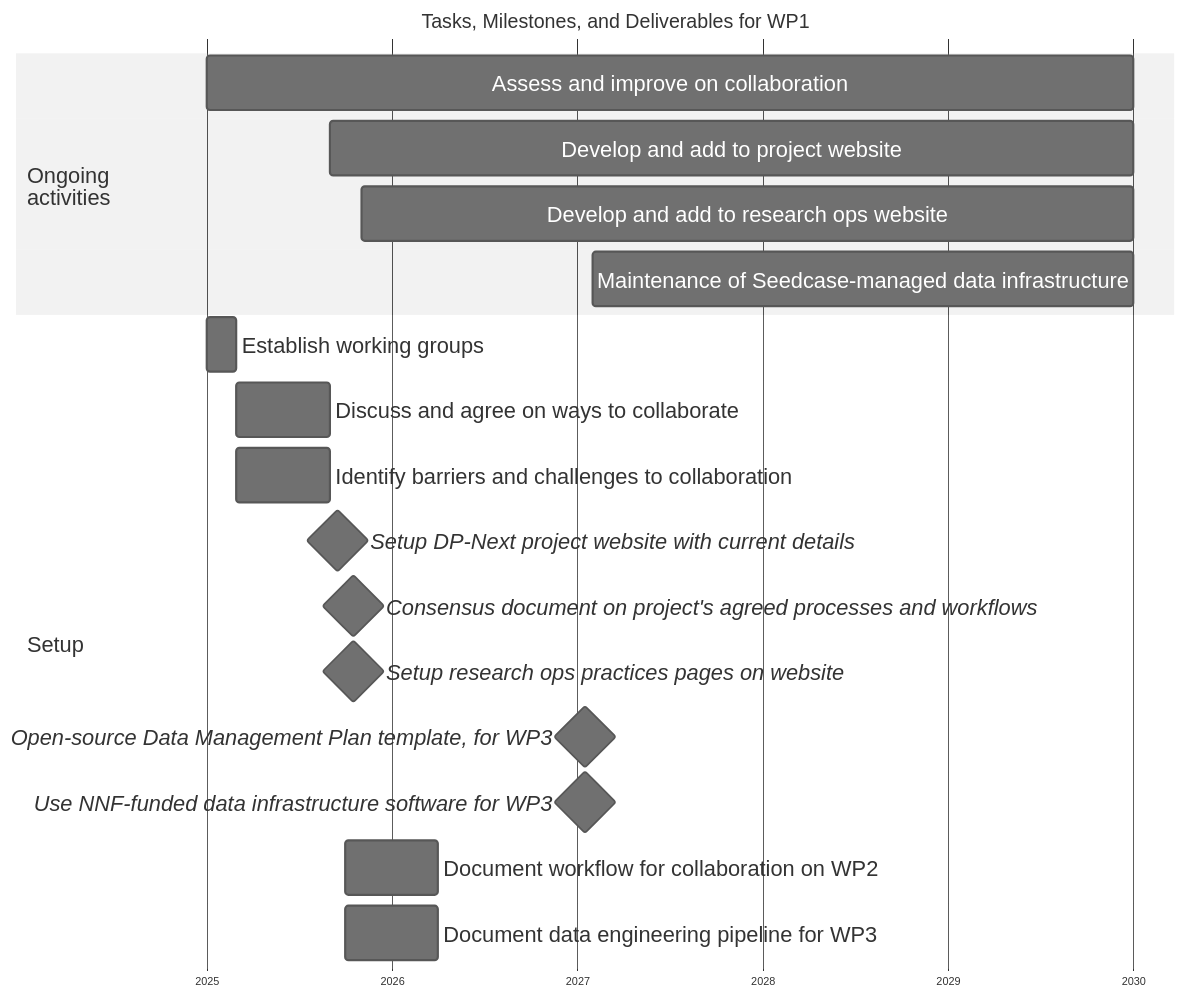
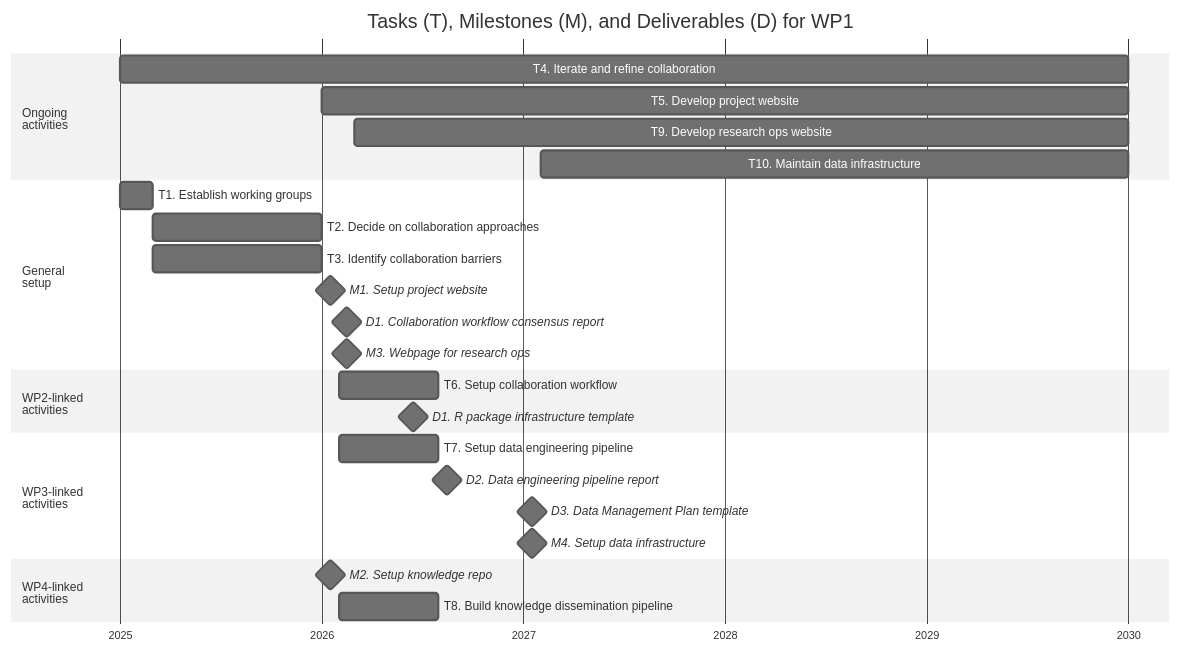
Before and after one commit to steno-aarhus/dp-next: the diagram in wp1/images/gantt-wp1.mmd, drawn with Mermaid. The commit also changed 4 other files, not shown here.

```diff
--- a/wp1/images/gantt-wp1.mmd
+++ b/wp1/images/gantt-wp1.mmd
@@ -1,39 +1,42 @@
----
-config:
-    theme: "neutral"
-    themeCSS: "svg {width: 700px}"
-    gantt:
-        barHeight: 50
-        leftPadding: 175
-        fontSize: 20
-        sectionFontSize: 20
-        barGap: 10
----
-
+%%{init: {
+  'theme': 'neutral', 
+  'gantt': {
+    'barHeight': 25,
+    'leftPadding': 100
+  }
+}}%%
 gantt
-  title Tasks, Milestones, and Deliverables for WP1
+  title Tasks (T), Milestones (M), and Deliverables (D) for WP1
   dateFormat  YYYY-MM-DD
   axisFormat %Y
   tickInterval 1year
   todayMarker off
   %% (`excludes` accepts specific dates in YYYY-MM-DD format, days of the week ("sunday") or "weekends", but not the word "weekdays".)
 
   section Ongoing<br>activities
-  Assess and improve on collaboration: improve, 2025-01-01, 5y
-  Develop and add to project website: imp_proj_web, after agree, 2030-01-01
-  Develop and add to research ops website: imp_reops_web, after consensus, 2030-01-01
-  Maintenance of Seedcase-managed data infrastructure: imp_seedcase, after seedcase, 2030-01-01
+  T4. Iterate and refine collaboration: imp_collab, 2025-01-01, 5y
+  T5. Develop project website: imp_proj_web, after collab_agree, 2030-01-01
+  T9. Develop research ops website: imp_reops_web, after consensus, 2030-01-01
+  T10. Maintain data infrastructure: imp_seedcase, after seedcase, 2030-01-01
 
-  section Setup
-  Establish working groups: wg, 2025-01-01, 2M
-  Discuss and agree on ways to collaborate: agree, after wg, 6M
-  Identify barriers and challenges to collaboration: barriers, after wg, 6M
+  section General<br>setup
+  T1. Establish working groups: wg, 2025-01-01, 2M
+  T2.  Decide on collaboration approaches: collab_agree, after wg, 10M
+  T3. Identify collaboration barriers: barriers, after wg, 10M
+  M1. Setup project website: milestone, web_proj, after barriers, 1M
+  D1. Collaboration workflow consensus report: milestone, consensus, after web_proj, 1M
+  M3. Webpage for research ops: milestone, web_reops, after web_proj, 1M
 
-  Setup DP-Next project website with current details: milestone, web_proj, after barriers, 1M
-  Consensus document on project's agreed processes and workflows: milestone, consensus, after web_proj, 1M
-  Setup research ops practices pages on website: milestone, web_reops, after web_proj, 1M
-  Open-source Data Management Plan template, for WP3: milestone, template_dmp, 2027-01-01, 1M 
-  Use NNF-funded data infrastructure software for WP3: milestone, seedcase, 2027-01-01, 1M
+  section WP2-linked<br>activities
+  T6. Setup collaboration workflow: collab_wp2, after web_proj, 6M
+  D1. R package infrastructure template: milestone, template_rpkg, 2026-06-01, 1M
 
-  Document workflow for collaboration on WP2: collab_wp2, after web_proj, 6M
-  Document data engineering pipeline for WP3: de_wp3, after web_proj, 6M
+  section WP3-linked<br>activities
+  T7. Setup data engineering pipeline: de_wp3, after web_proj, 6M
+  D2. Data engineering pipeline report: milestone, der_wp3, after de_wp3, 1M
+  D3. Data Management Plan template: milestone, template_dmp, 2027-01-01, 1M 
+  M4. Setup data infrastructure: milestone, seedcase, 2027-01-01, 1M
+
+  section WP4-linked<br>activities
+  M2. Setup knowledge repo: milestone, kr_wp4, after collab_agree, 1M
+  T8. Build knowledge dissemination pipeline: kmp_wp4, after kr_wp4, 6M  
```
